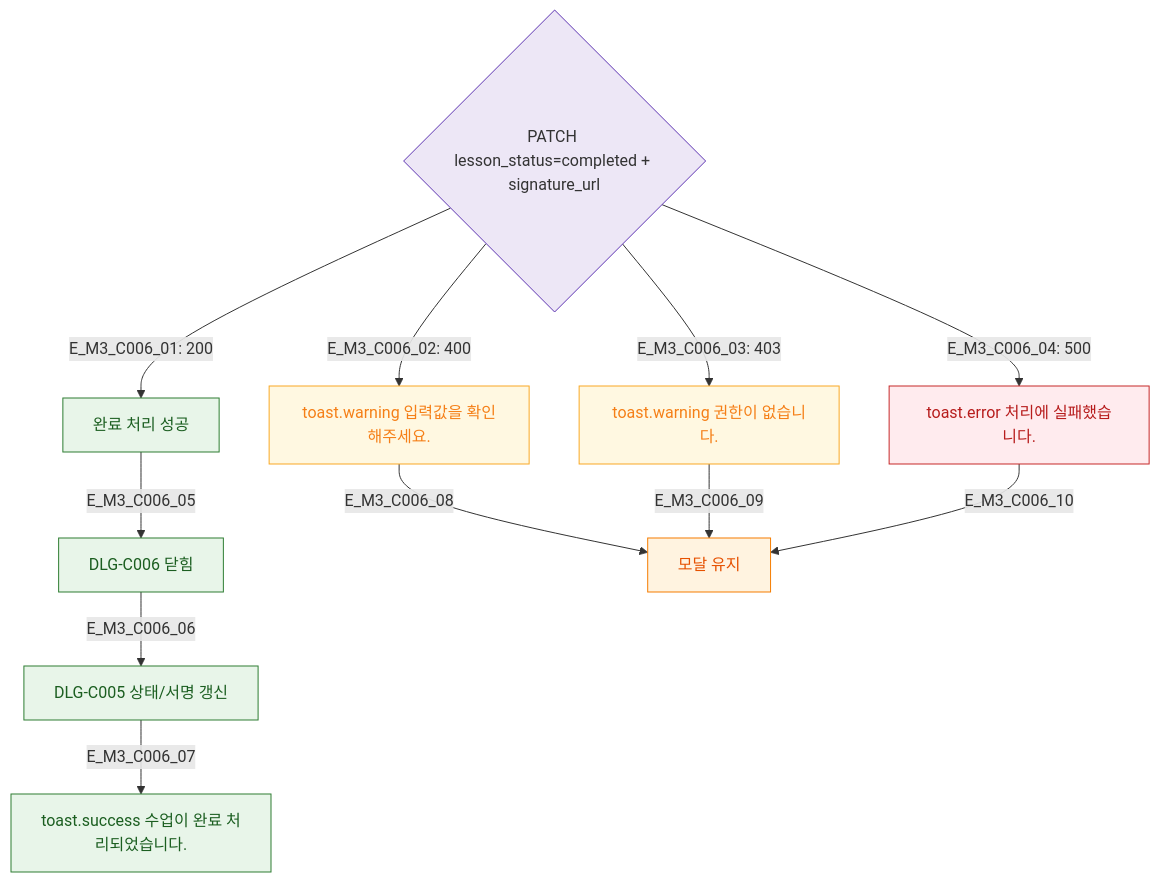
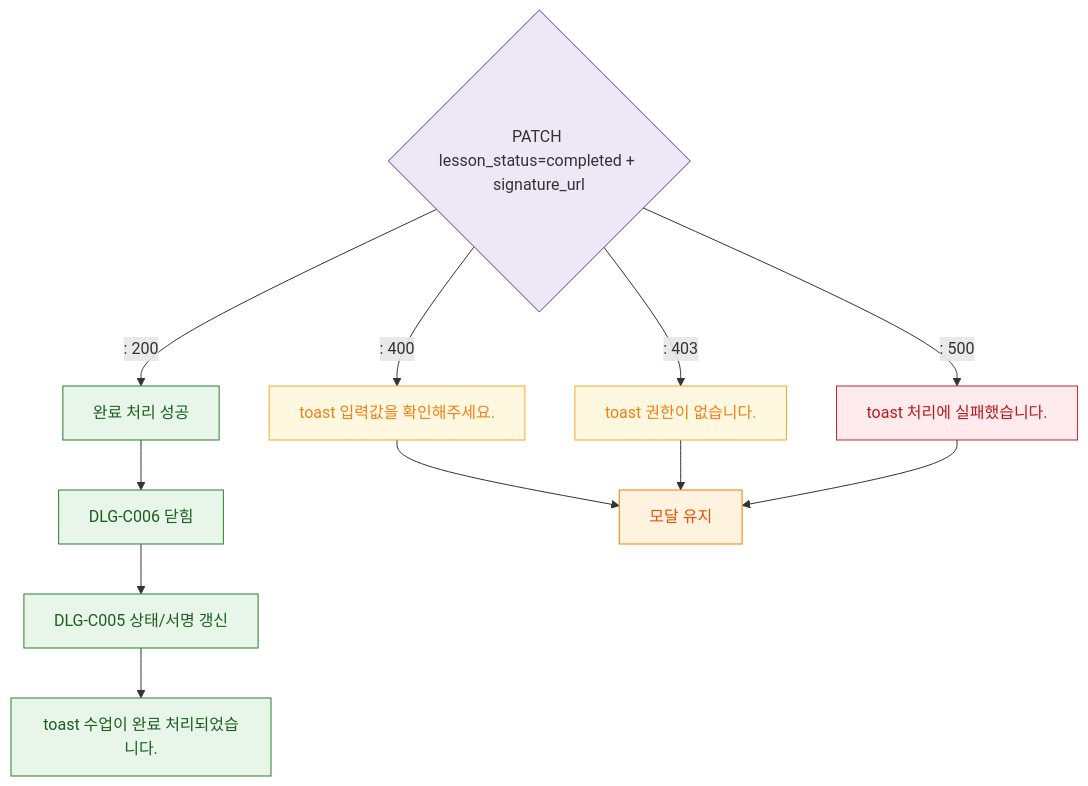
Before and after one commit to dev-spogym/admin-pando: the diagram in docs/다이어그램/D04_수업관리/DLG/DLG-C006_서명/M3_결과분기.md, drawn with Mermaid. The commit also changed other lines of this file and 1660 other files, not shown here.

First line of the commit message:
다이어그램: 기획자/클라이언트 납품본으로 정리

````diff
--- a/docs/다이어그램/D04_수업관리/DLG/DLG-C006_서명/M3_결과분기.md
+++ b/docs/다이어그램/D04_수업관리/DLG/DLG-C006_서명/M3_결과분기.md
@@ -20,26 +18,26 @@
 ```mermaid
 flowchart TD
-  SaveAPI{PATCH lesson_status=completed + signature_url} -->|"E_M3_C006_01: 200"| Success[완료 처리 성공]
-  SaveAPI -->|"E_M3_C006_02: 400"| BadReq[toast.warning 입력값을 확인해주세요.]
-  SaveAPI -->|"E_M3_C006_03: 403"| PermErr[toast.warning 권한이 없습니다.]
-  SaveAPI -->|"E_M3_C006_04: 500"| SysErr[toast.error 처리에 실패했습니다.]
+  SaveAPI{PATCH lesson_status=completed + signature_url} -->|": 200"|Success[완료 처리 성공]
+  SaveAPI -->|": 400"|BadReq[toast 입력값을 확인해주세요.]
+  SaveAPI -->|": 403"|PermErr[toast 권한이 없습니다.]
+  SaveAPI -->|": 500"|SysErr[toast 처리에 실패했습니다.]
 
-  Success -->|E_M3_C006_05| CloseDLG6[DLG-C006 닫힘]
-  CloseDLG6 -->|E_M3_C006_06| RefreshDLG5[DLG-C005 상태/서명 갱신]
-  RefreshDLG5 -->|E_M3_C006_07| Toast_S[toast.success 수업이 완료 처리되었습니다.]
+  Success --> CloseDLG6[DLG-C006 닫힘]
+  CloseDLG6 --> RefreshDLG5[DLG-C005 상태/서명 갱신]
+  RefreshDLG5 --> Toast_S[toast 수업이 완료 처리되었습니다.]
 
-  BadReq -->|E_M3_C006_08| StayModal[모달 유지]
-  PermErr -->|E_M3_C006_09| StayModal
-  SysErr -->|E_M3_C006_10| StayModal
+  BadReq --> StayModal[모달 유지]
+  PermErr --> StayModal
+  SysErr --> StayModal
 
   classDef system fill:#EDE7F6,stroke:#5E35B2
   classDef success fill:#E8F5E9,stroke:#2E7D32,color:#1B5E20
   classDef error fill:#FFEBEE,stroke:#C62828,color:#B71C1C
   classDef warning fill:#FFF8E1,stroke:#F9A825,color:#F57F17
   classDef modal fill:#FFF3E0,stroke:#F57C00,color:#E65100
   class SaveAPI system
   class Success,CloseDLG6,RefreshDLG5,Toast_S success
   class SysErr error
   class BadReq,PermErr warning
   class StayModal modal
 ```
````
